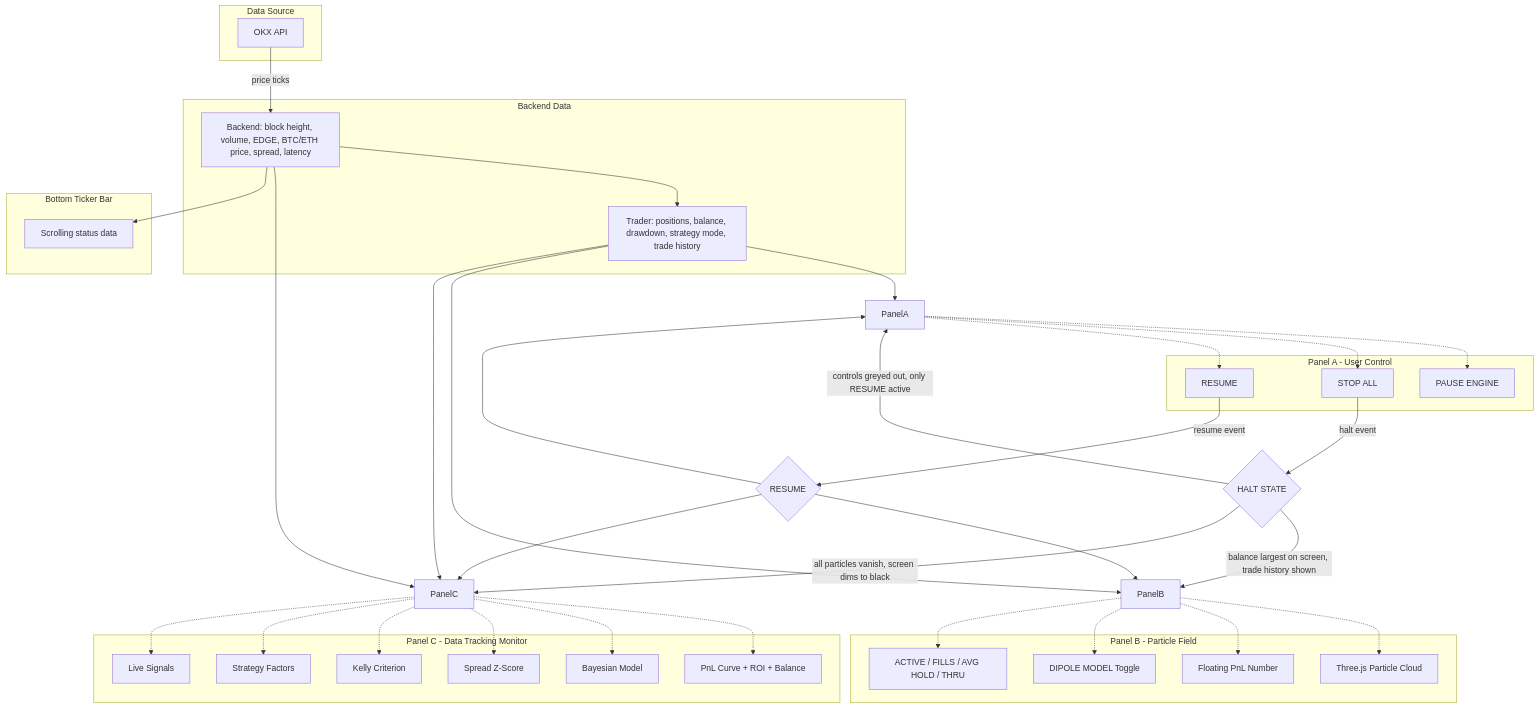
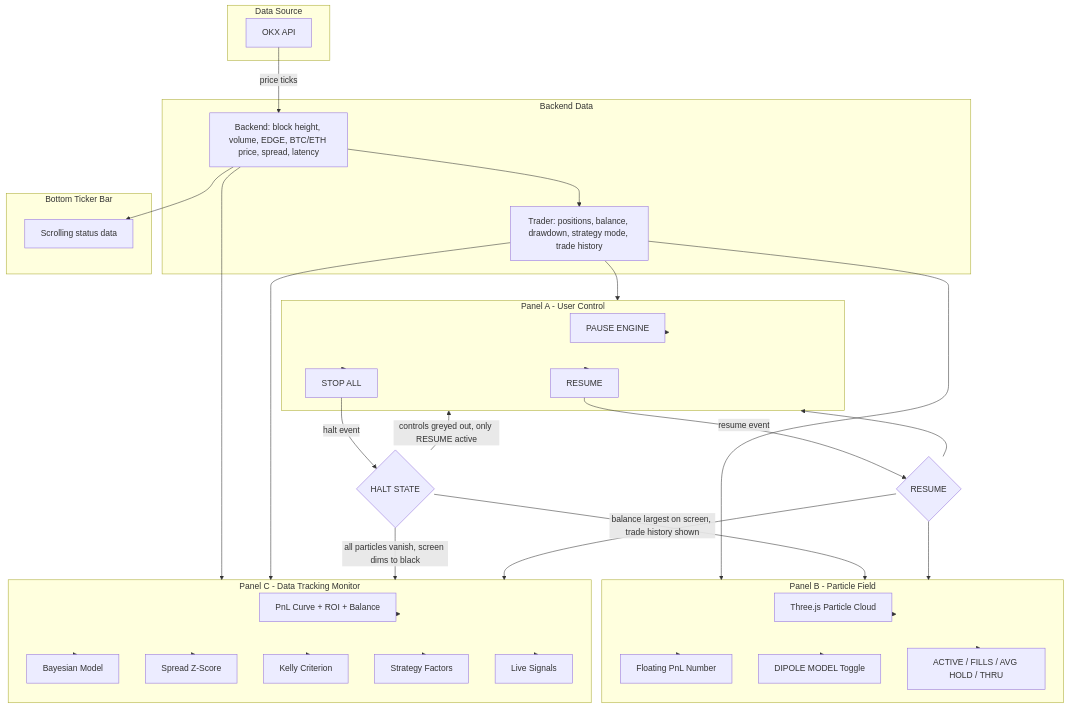
The diagram in mermaiddiagram.md (Cattyback/SandBox), drawn with Mermaid before and after one commit.

Commit message:
Give Panel A/B/C subgraphs explicit IDs
Use 'subgraph PanelA [Panel A - User Control]' syntax so edges that
reference PanelA/PanelB/PanelC point to the subgraphs themselves
instead of creating ghost nodes alongside them.

````diff
--- a/mermaiddiagram.md
+++ b/mermaiddiagram.md
@@ -2,72 +2,72 @@
 ```mermaid
 graph TD
     subgraph Data Source
         OKX[OKX API]
     end
  
     subgraph Backend Data
         Backend[Backend: block height, volume, EDGE, BTC/ETH price, spread, latency]
         Trader[Trader: positions, balance, drawdown, strategy mode, trade history]
     end
  
-    subgraph Panel A - User Control
+    subgraph PanelA [Panel A - User Control]
         PauseBtn[PAUSE ENGINE]
         StopAll[STOP ALL]
         ResumeBtn[RESUME]
     end
  
-    subgraph Panel B - Particle Field
+    subgraph PanelB [Panel B - Particle Field]
         Particles[Three.js Particle Cloud]
         PnLFloat[Floating PnL Number]
         DipoleToggle[DIPOLE MODEL Toggle]
         BottomStats[ACTIVE / FILLS / AVG HOLD / THRU]
     end
  
-    subgraph Panel C - Data Tracking Monitor
+    subgraph PanelC [Panel C - Data Tracking Monitor]
         PnLCurve[PnL Curve + ROI + Balance]
         Bayes[Bayesian Model]
         SpreadZ[Spread Z-Score]
         Kelly[Kelly Criterion]
         Factors[Strategy Factors]
         Signals[Live Signals]
     end
  
     subgraph Bottom Ticker Bar
         Ticker[Scrolling status data]
     end
  
     OKX -->|price ticks| Backend
     Backend --> Trader
     Backend --> PanelC
     Trader --> PanelA
     Trader --> PanelB
     Trader --> PanelC
  
     PanelC -.-> PnLCurve
     PanelC -.-> Bayes
     PanelC -.-> SpreadZ
     PanelC -.-> Kelly
     PanelC -.-> Factors
     PanelC -.-> Signals
  
     PanelA -.-> PauseBtn
     PanelA -.-> StopAll
     PanelA -.-> ResumeBtn
  
     PanelB -.-> Particles
     PanelB -.-> PnLFloat
     PanelB -.-> DipoleToggle
     PanelB -.-> BottomStats
  
     Backend --> Ticker
  
     StopAll -->|halt event| HaltState{HALT STATE}
     HaltState -->|controls greyed out, only RESUME active| PanelA
     HaltState -->|balance largest on screen, trade history shown| PanelB
     HaltState -->|all particles vanish, screen dims to black| PanelC
  
     ResumeBtn -->|resume event| Resume{RESUME}
     Resume --> PanelA
     Resume --> PanelB
     Resume --> PanelC
 ```
````
